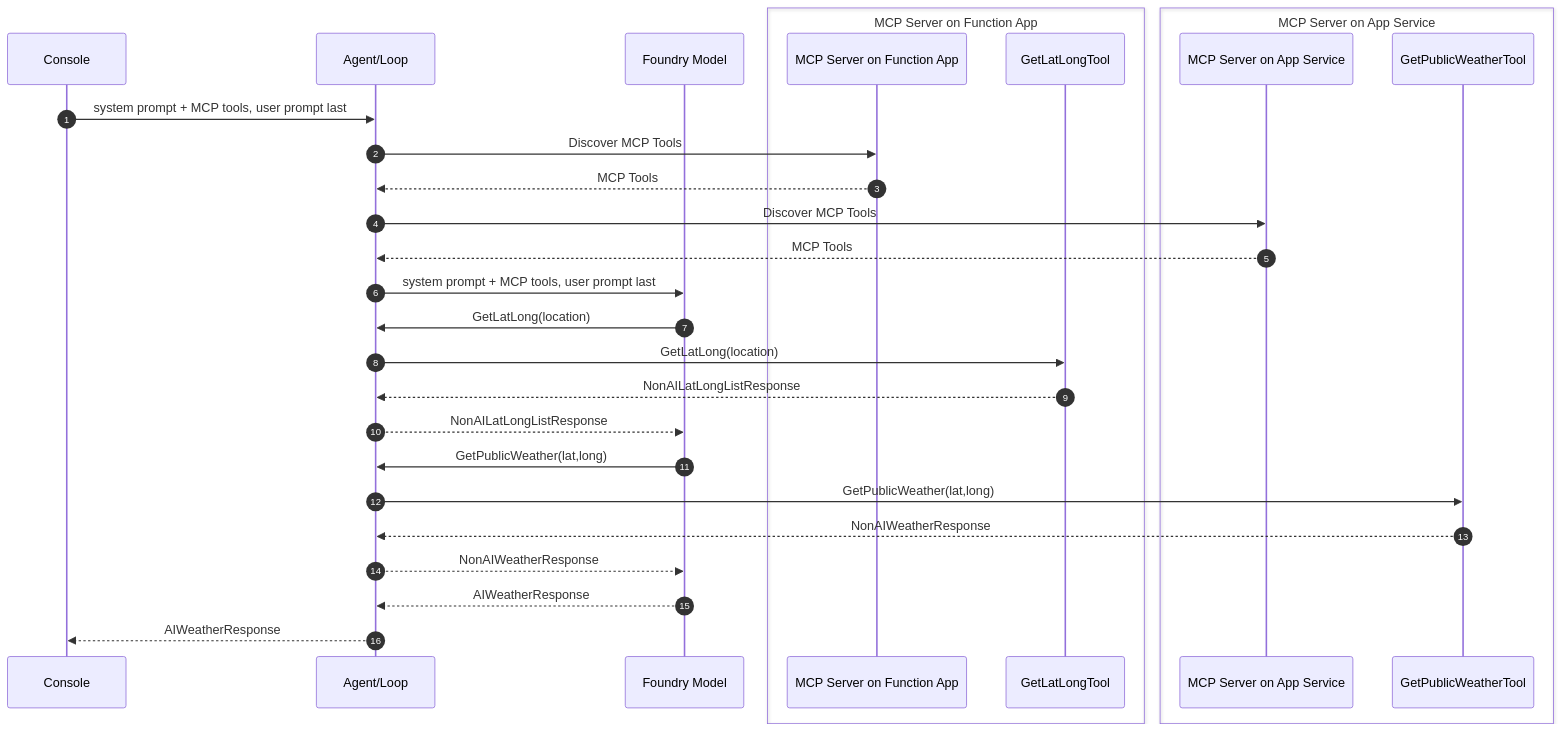
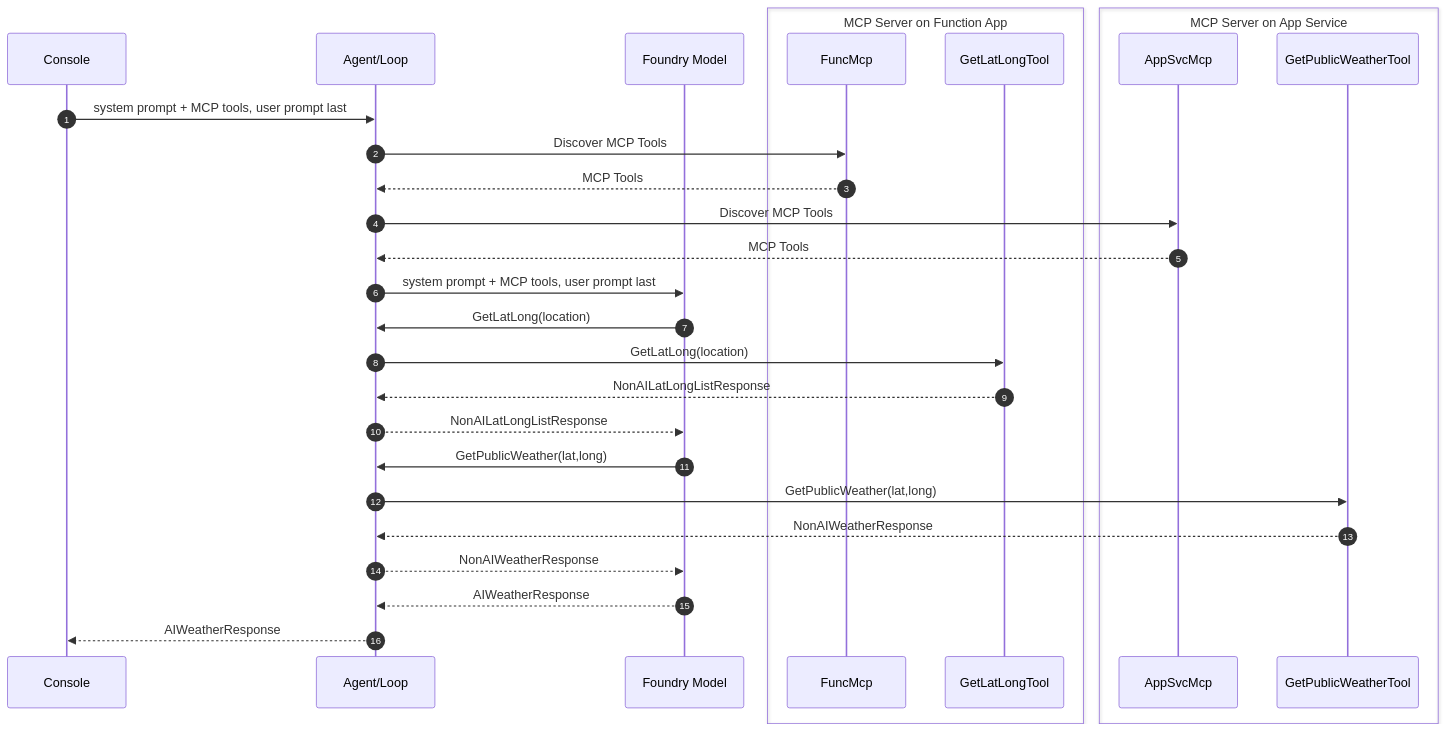
The sixth of 8 diagrams in docs/4-demystifying-foundry-agents-mcp/demystifying-foundry-agents-mcp.md (dustinkorzaan/weather-1116), drawn with Mermaid before and after one commit.

Commit message:
Use short participant names for MCP servers in V4 diagram.

````diff
--- a/docs/4-demystifying-foundry-agents-mcp/demystifying-foundry-agents-mcp.md
+++ b/docs/4-demystifying-foundry-agents-mcp/demystifying-foundry-agents-mcp.md
@@ -174,32 +174,32 @@
   ```mermaid
   sequenceDiagram
       autonumber
       participant Console
       participant AppLoop as Agent/Loop
       participant Model as Foundry Model
       box MCP Server on Function App
-          participant FuncMcp as MCP Server on Function App
+          participant FuncMcp
           participant GetLatLongTool
       end
       box MCP Server on App Service
-          participant AppSvcMcp as MCP Server on App Service
+          participant AppSvcMcp
           participant GetPublicWeatherTool
       end
 
       Console->>AppLoop: system prompt + MCP tools, user prompt last
       AppLoop->>FuncMcp: Discover MCP Tools
       FuncMcp-->>AppLoop: MCP Tools
       AppLoop->>AppSvcMcp: Discover MCP Tools
       AppSvcMcp-->>AppLoop: MCP Tools
       AppLoop->>Model: system prompt + MCP tools, user prompt last
       Model->>AppLoop: GetLatLong(location)
       AppLoop->>GetLatLongTool: GetLatLong(location)
       GetLatLongTool-->>AppLoop: NonAILatLongListResponse
       AppLoop-->>Model: NonAILatLongListResponse
       Model->>AppLoop: GetPublicWeather(lat,long)
       AppLoop->>GetPublicWeatherTool: GetPublicWeather(lat,long)
       GetPublicWeatherTool-->>AppLoop: NonAIWeatherResponse
       AppLoop-->>Model: NonAIWeatherResponse
       Model-->>AppLoop: AIWeatherResponse
       AppLoop-->>Console: AIWeatherResponse
   ```
````
